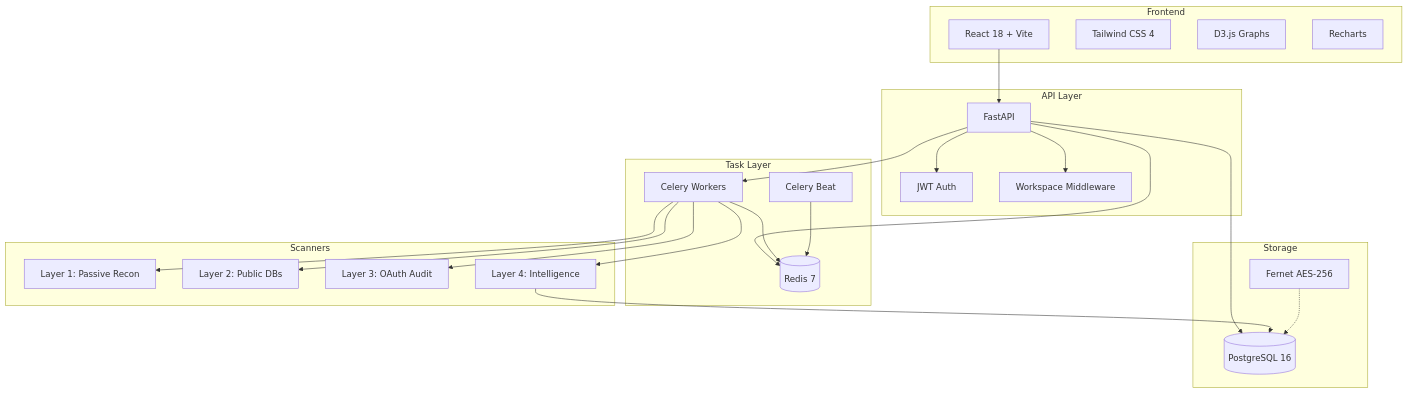
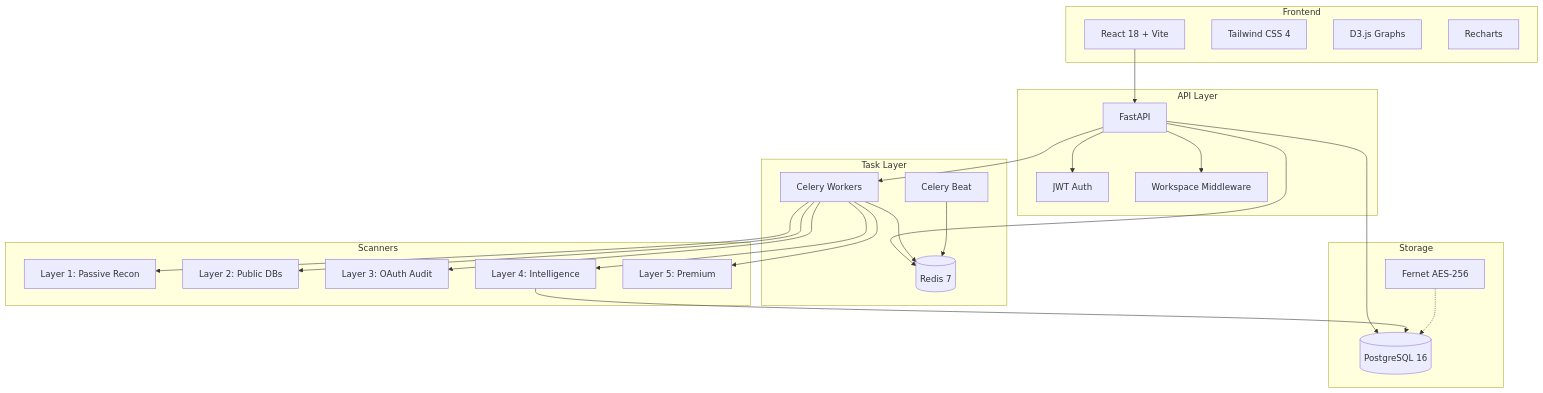
Before and after one commit to nabz0r/xposeTIP: the first of 3 diagrams in docs/ARCHITECTURE.md, drawn with Mermaid. The commit also changed other lines of this file and 3 other files, not shown here.

````diff
--- a/docs/ARCHITECTURE.md
+++ b/docs/ARCHITECTURE.md
@@ -5,45 +5,46 @@
 ```mermaid
 graph TB
     subgraph Frontend
         React[React 18 + Vite]
         TW[Tailwind CSS 4]
         D3[D3.js Graphs]
         RC[Recharts]
     end
 
     subgraph API Layer
         FastAPI[FastAPI]
         JWT[JWT Auth]
         MW[Workspace Middleware]
     end
 
     subgraph Task Layer
         Celery[Celery Workers]
         Beat[Celery Beat]
         Redis[(Redis 7)]
     end
 
     subgraph Storage
         PG[(PostgreSQL 16)]
         Fernet[Fernet AES-256]
     end
 
     subgraph Scanners
         L1[Layer 1: Passive Recon]
         L2[Layer 2: Public DBs]
         L3[Layer 3: OAuth Audit]
         L4[Layer 4: Intelligence]
+        L5[Layer 5: Premium]
     end
 
     React --> FastAPI
     FastAPI --> JWT
     FastAPI --> MW
     FastAPI --> PG
     FastAPI --> Redis
     FastAPI --> Celery
-    Celery --> L1 & L2 & L3 & L4
+    Celery --> L1 & L2 & L3 & L4 & L5
     L4 --> PG
     Celery --> Redis
     Beat --> Redis
     Fernet -.-> PG
 ```
````
